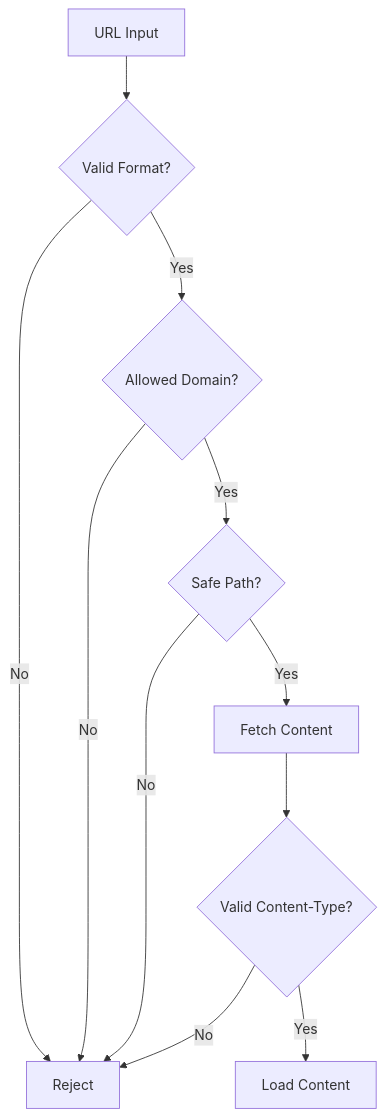
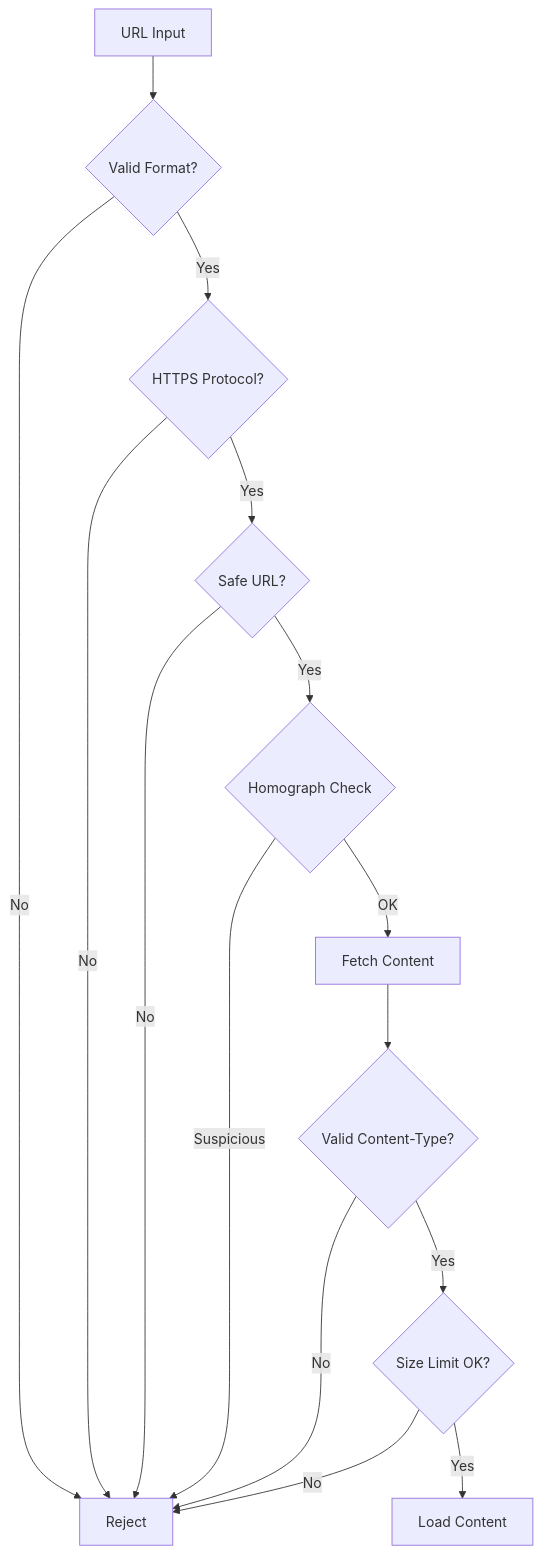
The second of 2 diagrams in docs/security.md (mickdarling/merdown), drawn with Mermaid before and after one commit. The commit also changed other lines of this file and 10 other files, not shown here.

````diff
--- a/docs/security.md
+++ b/docs/security.md
@@ -98,13 +100,17 @@
 ```mermaid
 flowchart TD
     A[URL Input] --> B{Valid Format?}
     B -->|No| C[Reject]
-    B -->|Yes| D{Allowed Domain?}
+    B -->|Yes| D{HTTPS Protocol?}
     D -->|No| C
-    D -->|Yes| E{Safe Path?}
+    D -->|Yes| E{Safe URL?}
     E -->|No| C
-    E -->|Yes| F[Fetch Content]
-    F --> G{Valid Content-Type?}
-    G -->|No| C
-    G -->|Yes| H[Load Content]
+    E -->|Yes| F{Homograph Check}
+    F -->|Suspicious| C
+    F -->|OK| G[Fetch Content]
+    G --> H{Valid Content-Type?}
+    H -->|No| C
+    H -->|Yes| I{Size Limit OK?}
+    I -->|No| C
+    I -->|Yes| J[Load Content]
 ```
````
